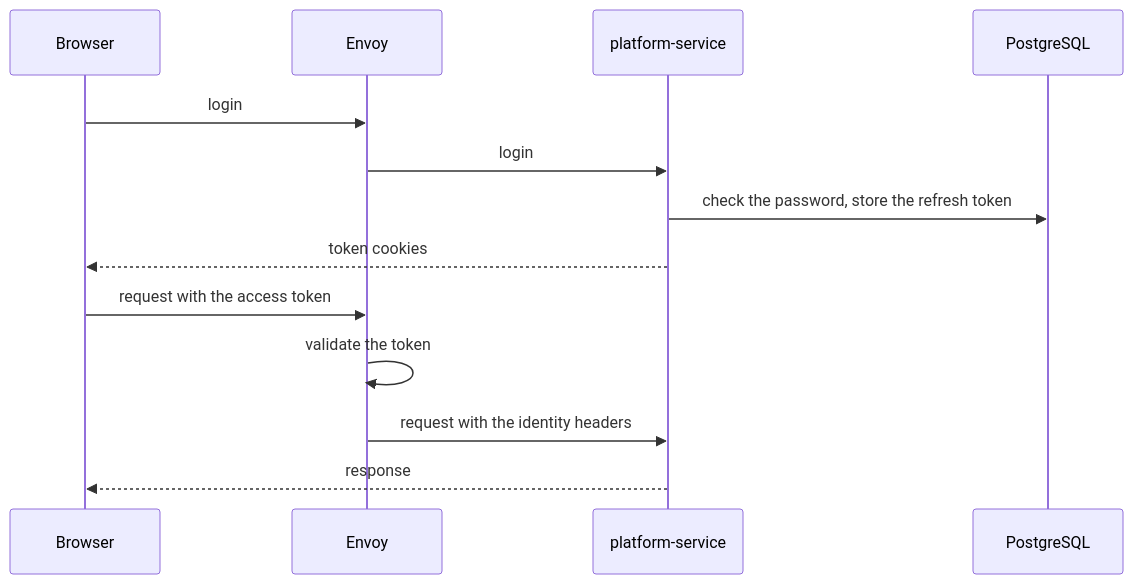
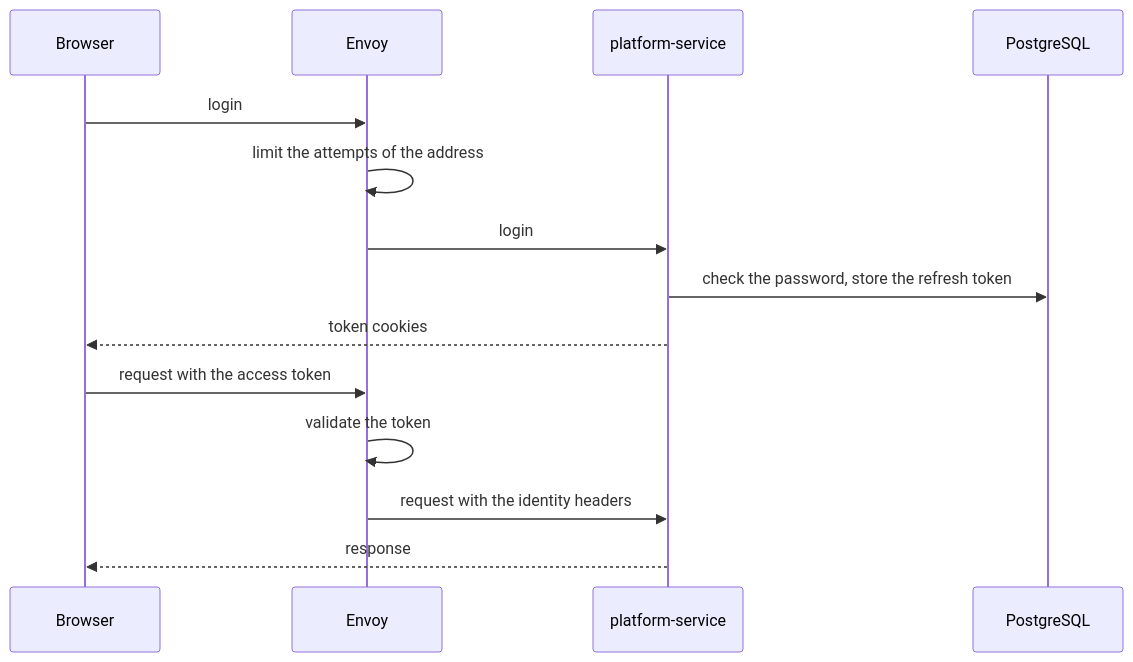
The third of 5 diagrams in docs/architecture.md (szoftarch-chess-platform/infra), drawn with Mermaid before and after one commit. The commit also changed other lines of this file and 5 other files, not shown here.

First line of the commit message:
Limit the sign-in per address and wait for a ready platform-service

````diff
--- a/docs/architecture.md
+++ b/docs/architecture.md
@@ -54,16 +54,17 @@
 ```mermaid
 sequenceDiagram
     participant B as Browser
     participant E as Envoy
     participant P as platform-service
     participant DB as PostgreSQL
 
     B->>E: login
+    E->>E: limit the attempts of the address
     E->>P: login
     P->>DB: check the password, store the refresh token
     P-->>B: token cookies
     B->>E: request with the access token
     E->>E: validate the token
     E->>P: request with the identity headers
     P-->>B: response
 ```
````
